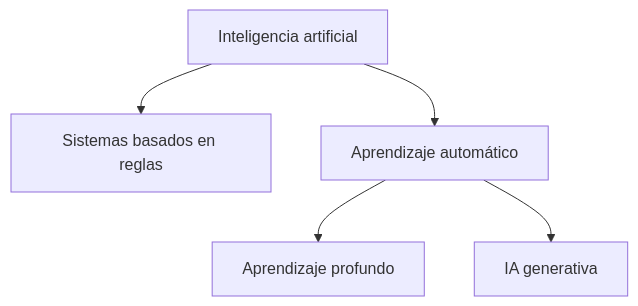
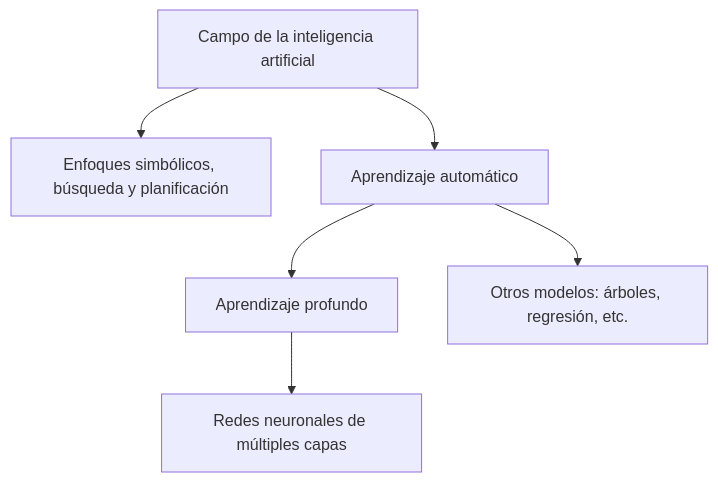
One commit to jesusmanueldl/como-funciona-la-ia changed the second of 2 diagrams in docs/01-que-es-ia.md. Above: the diagram before and after it, drawn with Mermaid. The commit also changed other lines of this file and 30 other files, not shown here.

````diff
--- a/docs/01-que-es-ia.md
+++ b/docs/01-que-es-ia.md
@@ -66,7 +79,9 @@
 ```mermaid
 flowchart TD
-  IA[Inteligencia artificial] --> Reglas[Sistemas basados en reglas]
-  IA --> AA[Aprendizaje automático]
-  AA --> Profundo[Aprendizaje profundo]
-  AA --> Generativa[IA generativa]
+  IA[Campo de la inteligencia artificial]
+  IA --> SIM[Enfoques simbólicos, búsqueda y planificación]
+  IA --> ML[Aprendizaje automático]
+  ML --> DL[Aprendizaje profundo]
+  ML --> OT[Otros modelos: árboles, regresión, etc.]
+  DL --> RN[Redes neuronales de múltiples capas]
 ```
````
